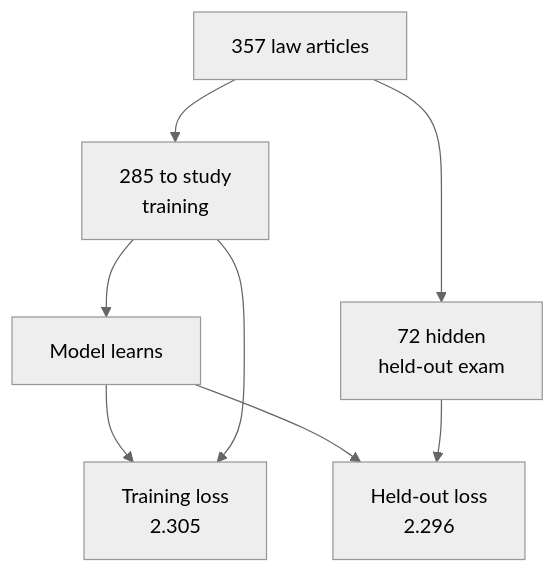
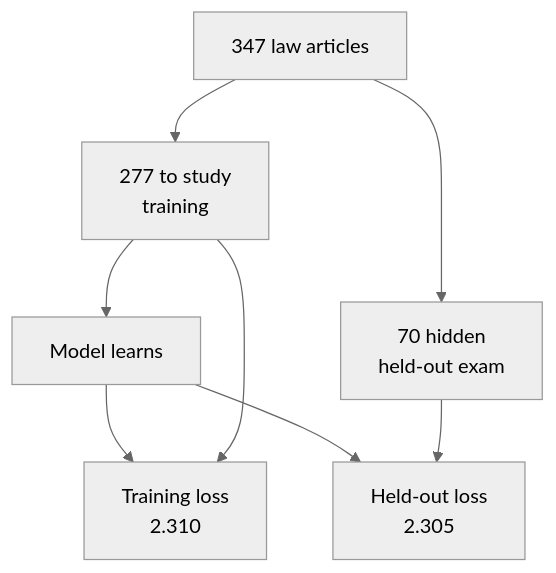
The diagram in learning/05-use-an-exam.md (Falconiere/agavus), drawn with Mermaid (neutral theme) before and after one commit. The commit also changed 2 other files, not shown here.

Commit message:
docs(docs): refresh lab numbers after corpus repair

````diff
--- a/learning/05-use-an-exam.md
+++ b/learning/05-use-an-exam.md
@@ -8,10 +8,10 @@
 ```mermaid
 flowchart TD
-  A["357 law articles"] --> B["285 to study<br/>training"]
-  A --> C["72 hidden<br/>held-out exam"]
+  A["347 law articles"] --> B["277 to study<br/>training"]
+  A --> C["70 hidden<br/>held-out exam"]
   B --> M["Model learns"]
-  M --> T["Training loss<br/>2.305"]
+  M --> T["Training loss<br/>2.310"]
   B --> T
-  M --> H["Held-out loss<br/>2.296"]
+  M --> H["Held-out loss<br/>2.305"]
   C --> H
 ```
````
